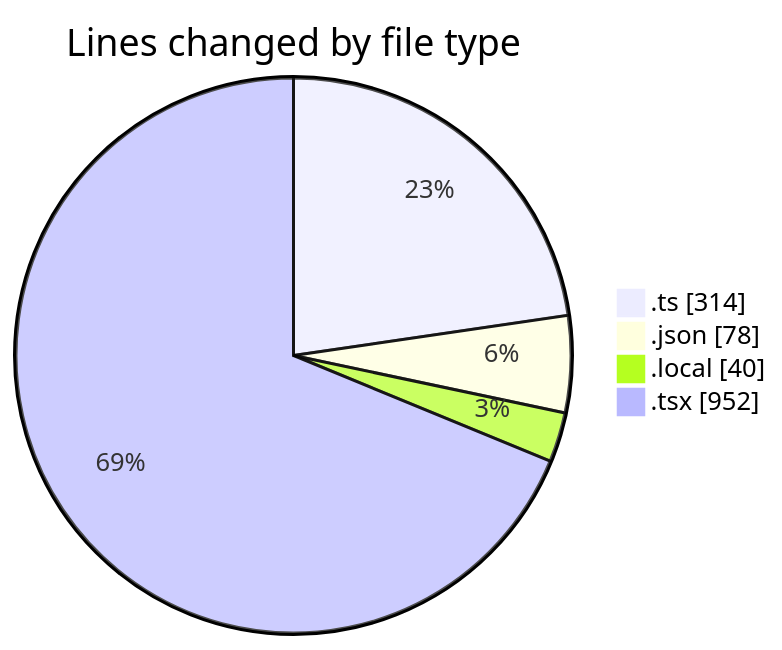
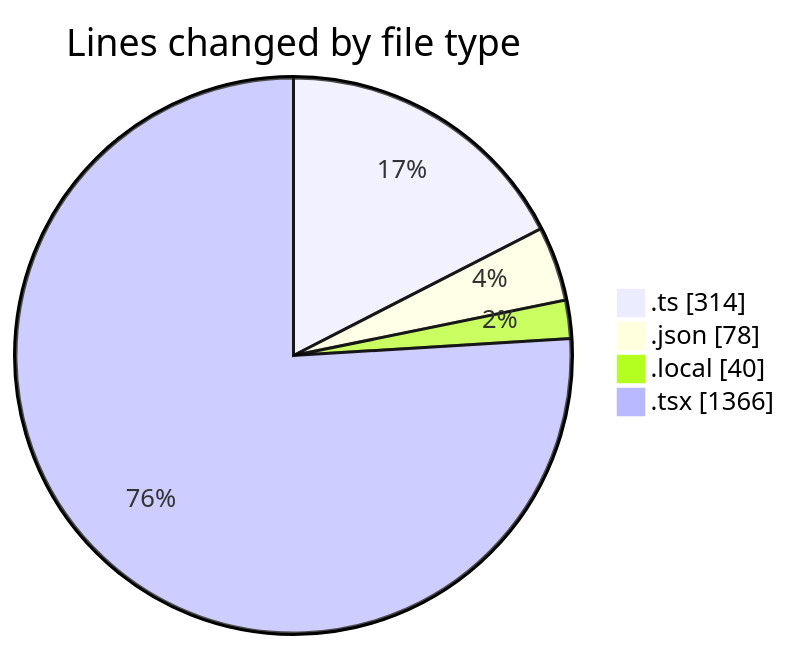
Before and after one commit to julien-gomy/code-tracking: the first of 2 diagrams in 2025-10-23/frontend-cms/README.md, drawn with Mermaid. The commit also changed other lines of this file and 1 other file, not shown here.

````diff
--- a/2025-10-23/frontend-cms/README.md
+++ b/2025-10-23/frontend-cms/README.md
@@ -26,8 +27,8 @@
 ```mermaid
 pie showData
 title Lines changed by file type
 ".ts" : 314
 ".json" : 78
 ".local" : 40
-".tsx" : 952
+".tsx" : 1366
 ```
````
